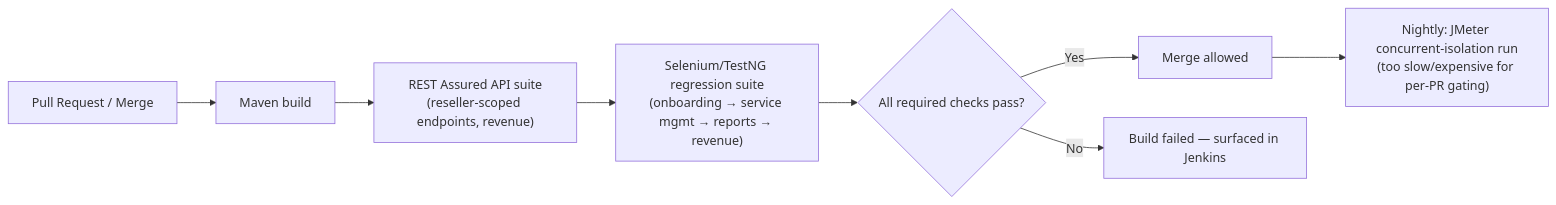
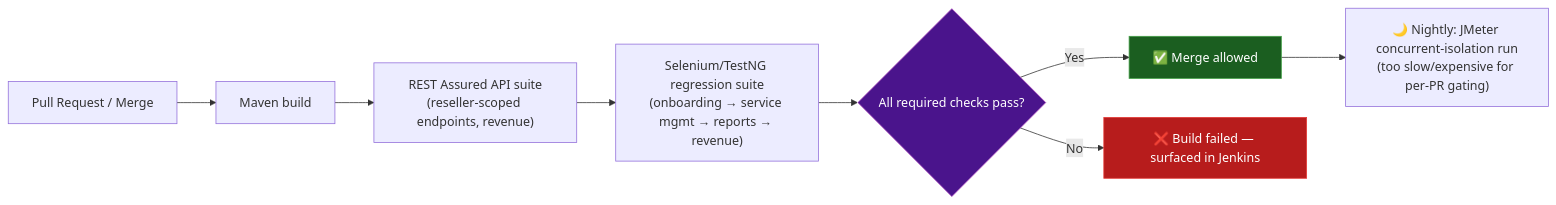
One commit to ghanendra-sdet/reseller-management-platform changed the second of 2 diagrams in docs/tech-and-skills.md. Above: the diagram before and after it, drawn with Mermaid. The commit also changed other lines of this file, not shown here.

Commit message:
docs: enrich tech-and-skills diagrams

````diff
--- a/docs/tech-and-skills.md
+++ b/docs/tech-and-skills.md
@@ -63,10 +68,18 @@
 ```mermaid
 flowchart LR
     PR["Pull Request / Merge"] --> Build["Maven build"]
     Build --> API["REST Assured API suite<br/>(reseller-scoped endpoints, revenue)"]
     API --> UI["Selenium/TestNG regression suite<br/>(onboarding → service mgmt → reports → revenue)"]
     UI --> Gate{"All required checks pass?"}
-    Gate -->|Yes| Merge["Merge allowed"]
-    Gate -->|No| Block["Build failed — surfaced in Jenkins"]
-    Merge --> Nightly["Nightly: JMeter concurrent-isolation run<br/>(too slow/expensive for per-PR gating)"]
+    Gate -->|Yes| Merge["✅ Merge allowed"]
+    Gate -->|No| Block["❌ Build failed — surfaced in Jenkins"]
+    Merge --> Nightly["🌙 Nightly: JMeter concurrent-isolation run<br/>(too slow/expensive for per-PR gating)"]
+
+    classDef gate fill:#4a148c,color:#fff,stroke:#ab47bc,stroke-width:1px
+    classDef good fill:#1b5e20,color:#fff,stroke:#43a047,stroke-width:1px
+    classDef bad fill:#b71c1c,color:#fff,stroke:#e53935,stroke-width:1px
+
+    class Gate gate
+    class Merge good
+    class Block bad
 ```
````
